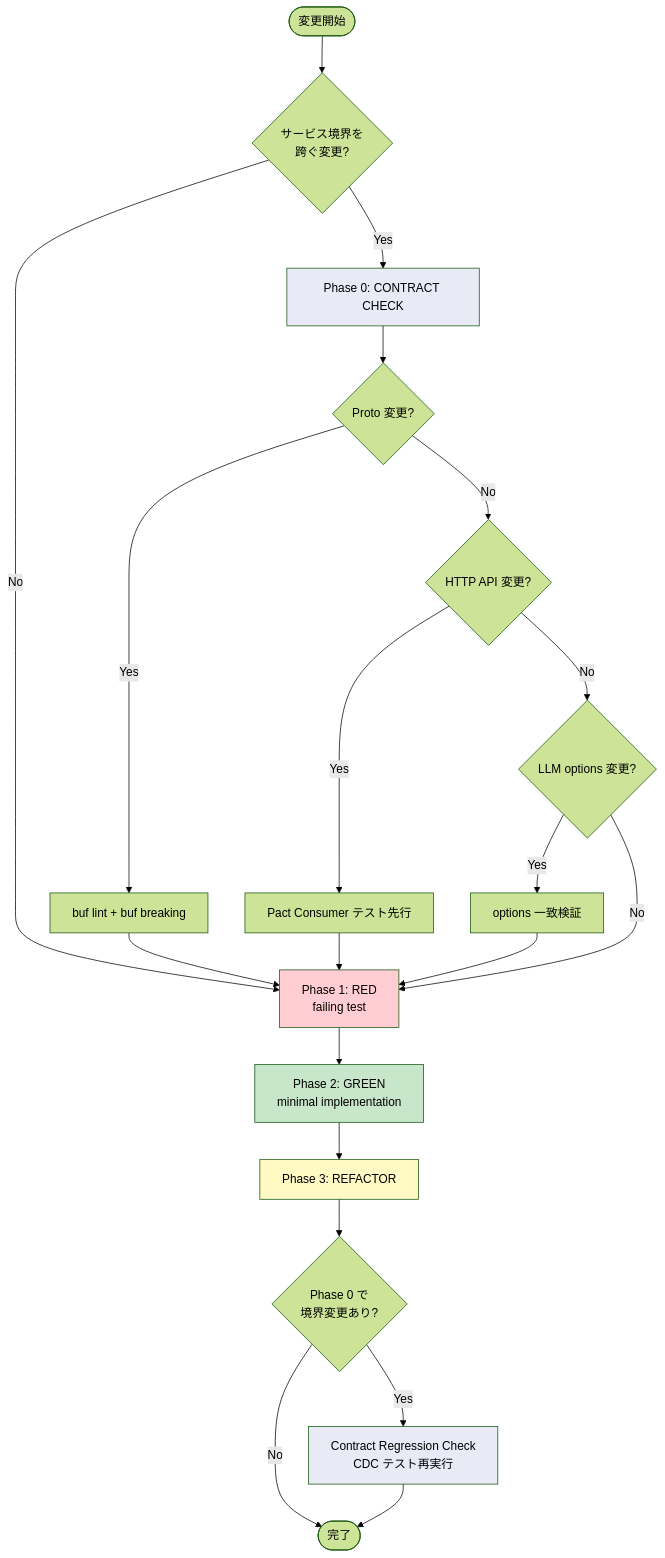
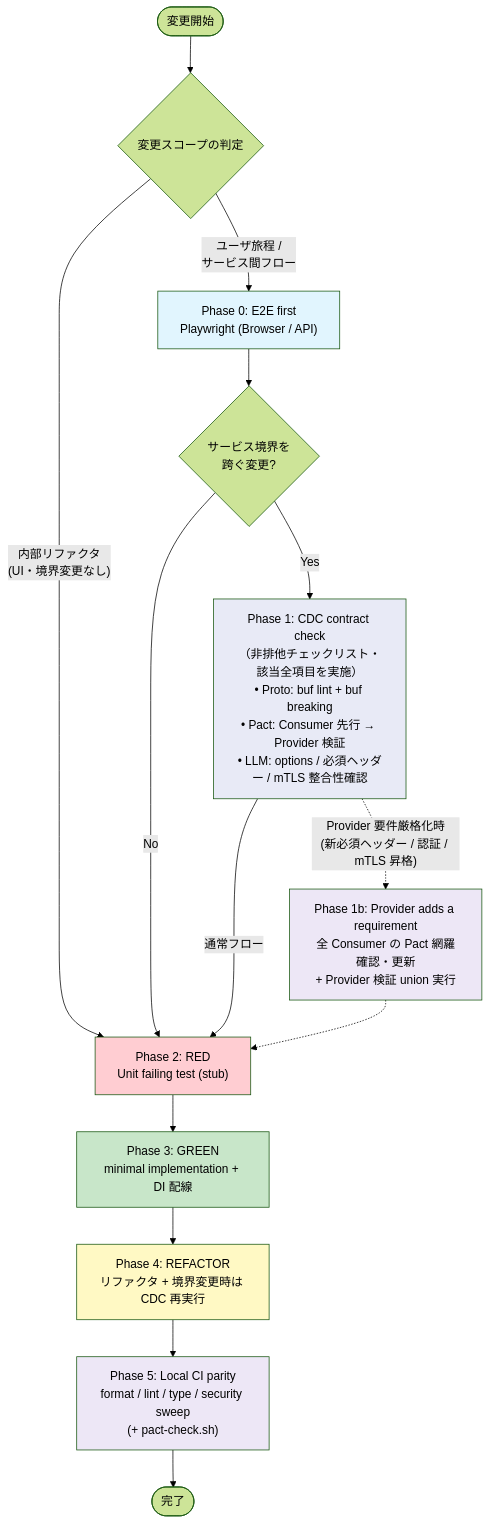
Before and after one commit to Kaikei-e/Alt: the fourth of 4 diagrams in docs/testing-strategy.md, drawn with Mermaid (forest theme). The commit also changed other lines of this file and 4 other files, not shown here.

Commit message:
docs: refresh architecture, recap pipeline and testing diagrams

````diff
--- a/docs/testing-strategy.md
+++ b/docs/testing-strategy.md
@@ -290,31 +357,27 @@
 ```mermaid
 flowchart TD
-  start(["変更開始"]) --> check{"サービス境界を<br/>跨ぐ変更?"}
-  check -->|No| red
+  start(["変更開始"]) --> scope{"変更スコープの判定"}
+  scope -->|"内部リファクタ<br/>(UI・境界変更なし)"| p2["Phase 2: RED<br/>Unit failing test (stub)"]
+  scope -->|"ユーザ旅程 /<br/>サービス間フロー"| p0["Phase 0: E2E first<br/>Playwright (Browser / API)"]
 
-  check -->|Yes| p0["Phase 0: CONTRACT CHECK"]
-  p0 --> proto{"Proto 変更?"}
-  proto -->|Yes| buf["buf lint + buf breaking"]
-  proto -->|No| api{"HTTP API 変更?"}
-  api -->|Yes| pact_c["Pact Consumer テスト先行"]
-  api -->|No| llm{"LLM options 変更?"}
-  llm -->|Yes| options["options 一致検証"]
-  buf --> red
-  pact_c --> red
-  options --> red
-  llm -->|No| red
+  p0 --> bound{"サービス境界を<br/>跨ぐ変更?"}
+  bound -->|No| p2
+  bound -->|Yes| p1["Phase 1: CDC contract check<br/>（非排他チェックリスト・該当全項目を実施）<br/>• Proto: buf lint + buf breaking<br/>• Pact: Consumer 先行 → Provider 検証<br/>• LLM: options / 必須ヘッダー / mTLS 整合性確認"]
 
-  red["Phase 1: RED<br/>failing test"]
-  red --> green["Phase 2: GREEN<br/>minimal implementation"]
-  green --> refactor["Phase 3: REFACTOR"]
-  refactor --> regression{"Phase 0 で<br/>境界変更あり?"}
-  regression -->|Yes| cdc_check["Contract Regression Check<br/>CDC テスト再実行"]
-  regression -->|No| done(["完了"])
-  cdc_check --> done
+  p1 -->|"通常フロー"| p2
+  p1 -.->|"Provider 要件厳格化時<br/>(新必須ヘッダー / 認証 / mTLS 昇格)"| p1b["Phase 1b: Provider adds a requirement<br/>全 Consumer の Pact 網羅確認・更新<br/>+ Provider 検証 union 実行"]
+  p1b -.-> p2
 
-  style p0 fill:#e8eaf6
-  style red fill:#ffcdd2
-  style green fill:#c8e6c9
-  style refactor fill:#fff9c4
-  style cdc_check fill:#e8eaf6
+  p2 --> p3["Phase 3: GREEN<br/>minimal implementation + DI 配線"]
+  p3 --> p4["Phase 4: REFACTOR<br/>リファクタ + 境界変更時は CDC 再実行"]
+  p4 --> p5["Phase 5: Local CI parity<br/>format / lint / type / security sweep<br/>(+ pact-check.sh)"]
+  p5 --> done(["完了"])
+
+  style p0 fill:#e1f5fe
+  style p1 fill:#e8eaf6
+  style p1b fill:#ede7f6
+  style p2 fill:#ffcdd2
+  style p3 fill:#c8e6c9
+  style p4 fill:#fff9c4
+  style p5 fill:#ede7f6
 ```
````
